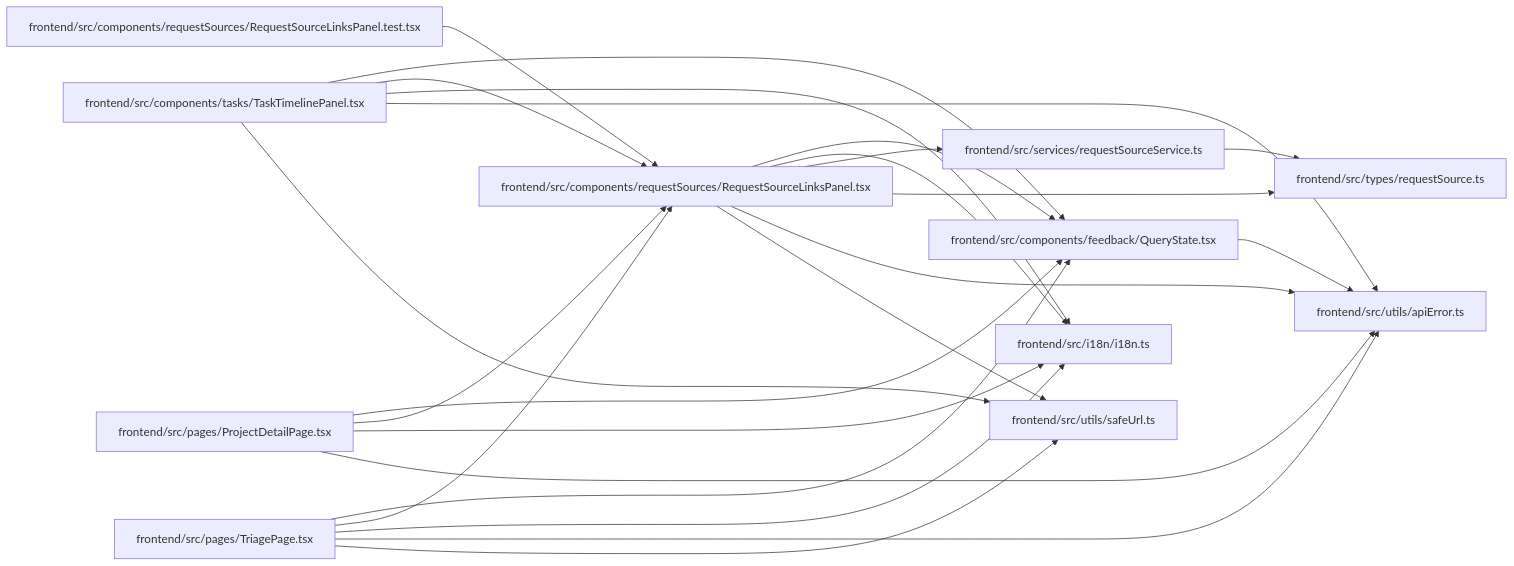
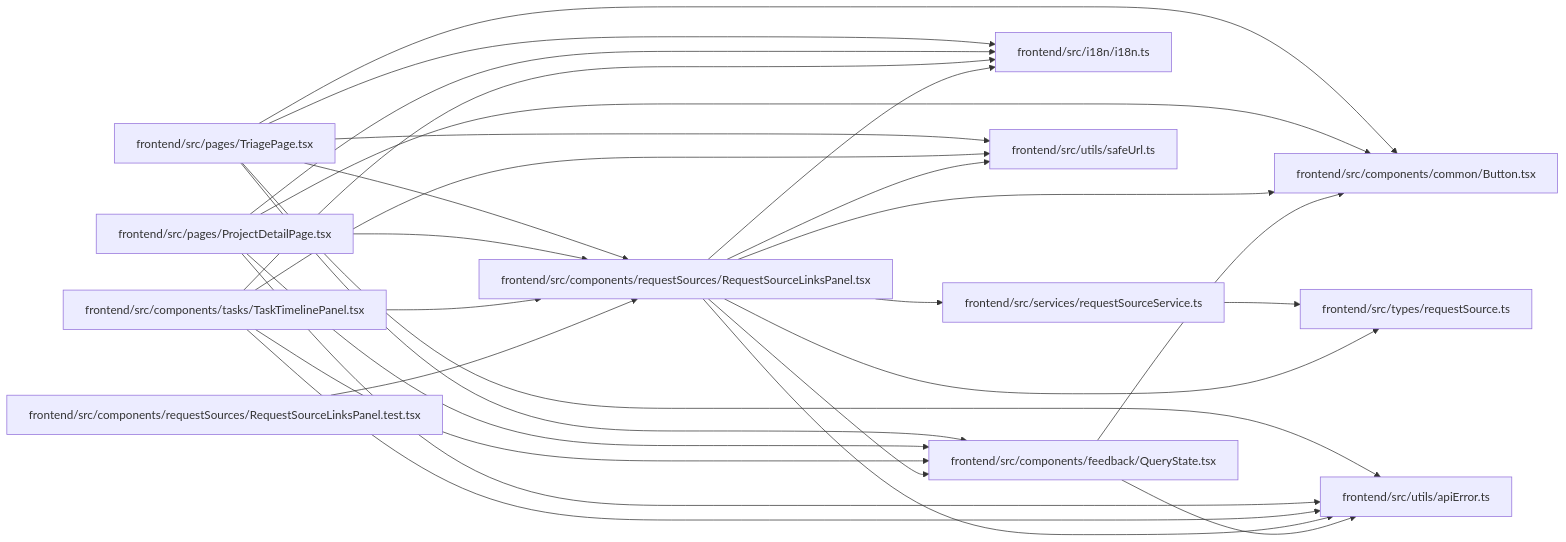
Before and after one commit to Denissvgn/WorkChord: the diagram in docs/llm_wiki/modules/RequestSourceLinksPanel.md, drawn with Mermaid. The commit also changed other lines of this file and 290 other files, not shown here.

````diff
--- a/docs/llm_wiki/modules/RequestSourceLinksPanel.md
+++ b/docs/llm_wiki/modules/RequestSourceLinksPanel.md
@@ -38,48 +39,54 @@
 ```mermaid
 flowchart LR
-    n0["frontend/src/components/feedback/QueryState.tsx"]
-    n1["frontend/src/components/requestSources/RequestSourceLinksPanel.test.tsx"]
-    n2["frontend/src/components/requestSources/RequestSourceLinksPanel.tsx"]
-    n3["frontend/src/components/tasks/TaskTimelinePanel.tsx"]
-    n4["frontend/src/i18n/i18n.ts"]
-    n5["frontend/src/pages/ProjectDetailPage.tsx"]
-    n6["frontend/src/pages/TriagePage.tsx"]
-    n7["frontend/src/services/requestSourceService.ts"]
-    n8["frontend/src/types/requestSource.ts"]
-    n9["frontend/src/utils/apiError.ts"]
-    n10["frontend/src/utils/safeUrl.ts"]
-    n0 --> n9
-    n1 --> n2
-    n2 --> n0
-    n2 --> n4
-    n2 --> n7
-    n2 --> n8
-    n2 --> n9
-    n2 --> n10
+    n0["frontend/src/components/common/Button.tsx"]
+    n1["frontend/src/components/feedback/QueryState.tsx"]
+    n2["frontend/src/components/requestSources/RequestSourceLinksPanel.test.tsx"]
+    n3["frontend/src/components/requestSources/RequestSourceLinksPanel.tsx"]
+    n4["frontend/src/components/tasks/TaskTimelinePanel.tsx"]
+    n5["frontend/src/i18n/i18n.ts"]
+    n6["frontend/src/pages/ProjectDetailPage.tsx"]
+    n7["frontend/src/pages/TriagePage.tsx"]
+    n8["frontend/src/services/requestSourceService.ts"]
+    n9["frontend/src/types/requestSource.ts"]
+    n10["frontend/src/utils/apiError.ts"]
+    n11["frontend/src/utils/safeUrl.ts"]
+    n1 --> n0
+    n1 --> n10
+    n2 --> n3
     n3 --> n0
-    n3 --> n2
-    n3 --> n4
+    n3 --> n1
+    n3 --> n5
+    n3 --> n8
     n3 --> n9
     n3 --> n10
-    n5 --> n0
-    n5 --> n2
-    n5 --> n4
-    n5 --> n9
+    n3 --> n11
+    n4 --> n1
+    n4 --> n3
+    n4 --> n5
+    n4 --> n10
+    n4 --> n11
     n6 --> n0
-    n6 --> n2
-    n6 --> n4
-    n6 --> n9
+    n6 --> n1
+    n6 --> n3
+    n6 --> n5
     n6 --> n10
-    n7 --> n8
-    click n0 "../modules/QueryState.md"
-    click n1 "../modules/RequestSourceLinksPanel.test.md"
-    click n2 "../modules/RequestSourceLinksPanel.md"
-    click n3 "../modules/TaskTimelinePanel.md"
-    click n4 "../modules/i18n.md"
-    click n5 "../modules/ProjectDetailPage.md"
-    click n6 "../modules/TriagePage.md"
-    click n7 "../modules/requestSourceService.md"
-    click n8 "../modules/requestSource.md"
-    click n9 "../modules/apiError.md"
-    click n10 "../modules/safeUrl.md"
+    n7 --> n0
+    n7 --> n1
+    n7 --> n3
+    n7 --> n5
+    n7 --> n10
+    n7 --> n11
+    n8 --> n9
+    click n0 "../modules/Button.md"
+    click n1 "../modules/QueryState.md"
+    click n2 "../modules/RequestSourceLinksPanel.test.md"
+    click n3 "../modules/RequestSourceLinksPanel.md"
+    click n4 "../modules/TaskTimelinePanel.md"
+    click n5 "../modules/i18n.md"
+    click n6 "../modules/ProjectDetailPage.md"
+    click n7 "../modules/TriagePage.md"
+    click n8 "../modules/requestSourceService.md"
+    click n9 "../modules/requestSource.md"
+    click n10 "../modules/apiError.md"
+    click n11 "../modules/safeUrl.md"
 ```
````
